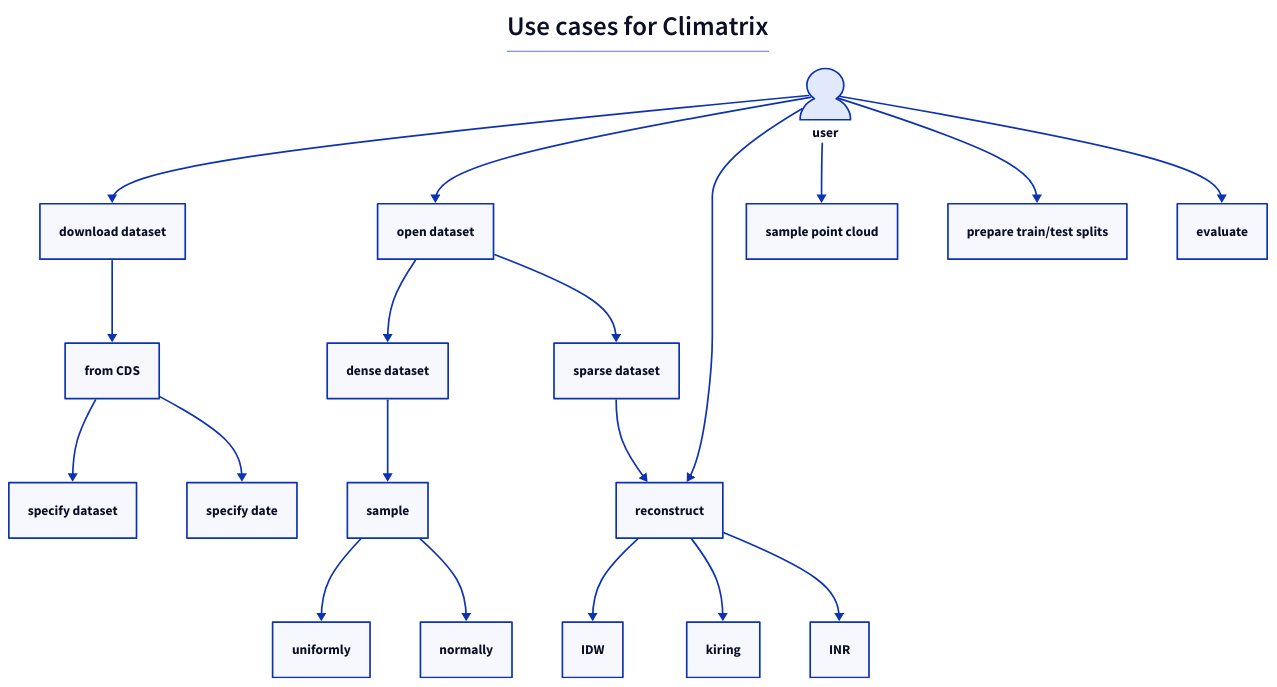
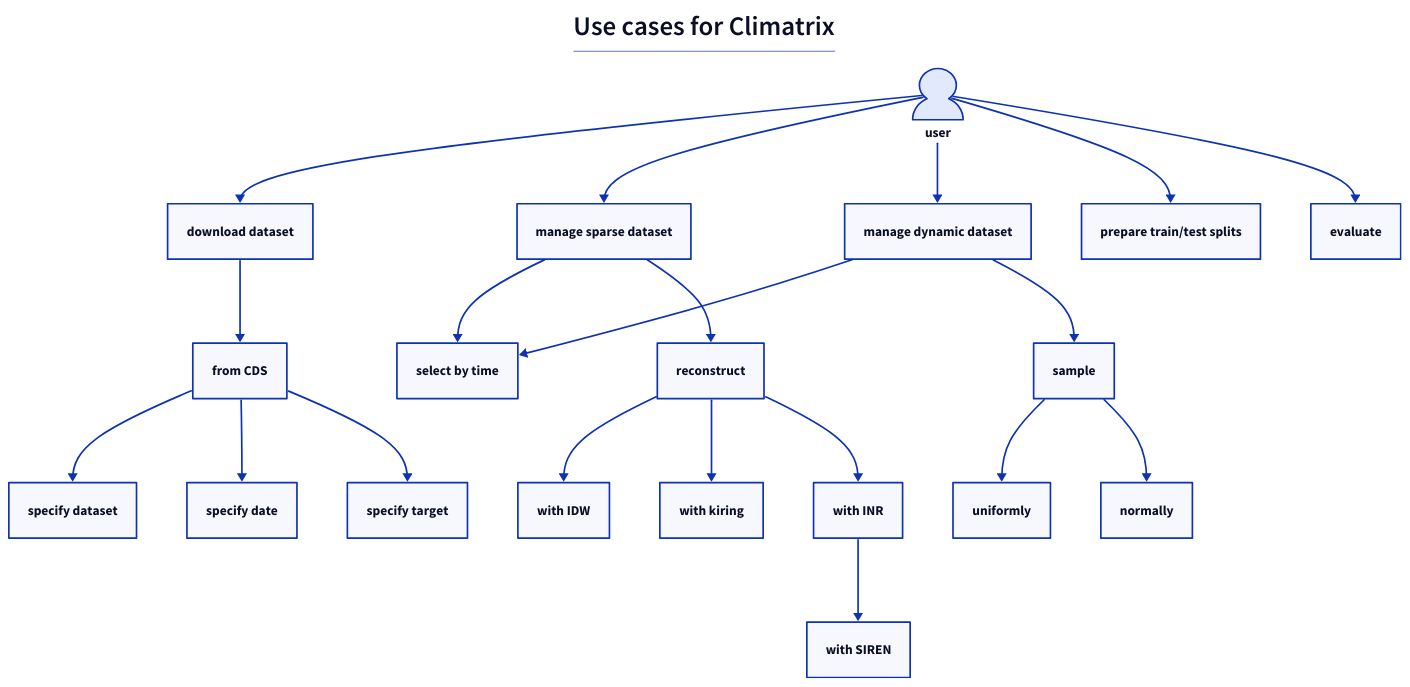
One commit to jamesWalczak/climatrix changed the diagram in docs/diagrams/use_case.d2. Above: the diagram before and after it, drawn with D2.

Commit message:
Update diagram

```diff
--- a/docs/diagrams/use_case.d2
+++ b/docs/diagrams/use_case.d2
@@ -1,34 +1,38 @@
 title: |md
 
   # Use cases for Climatrix
 
 | {near: top-center}
 user: {
     shape: person
     width: 60
   }
 
 user -> download dataset
 download dataset -> from CDS
 
 from CDS -> specify dataset
 from CDS -> specify date
-user -> open dataset
-open dataset -> dense dataset
-open dataset -> sparse dataset
+from CDS -> specify target
 
-dense dataset -> sample
+user -> manage sparse dataset
+user -> manage dynamic dataset
+
+manage sparse dataset -> select by time
+manage dynamic dataset -> select by time
+
+manage dynamic dataset -> sample
+
 sample -> uniformly
 sample -> normally
 
+manage sparse dataset -> reconstruct
 
-user -> reconstruct
-sparse dataset -> reconstruct
-reconstruct -> IDW
-reconstruct -> kiring
-reconstruct -> INR
+reconstruct -> with IDW
+reconstruct -> with kiring
+reconstruct -> with INR
 
+with INR -> with SIREN
 
-user -> sample point cloud
 user -> prepare train/test splits
 user -> evaluate
```
